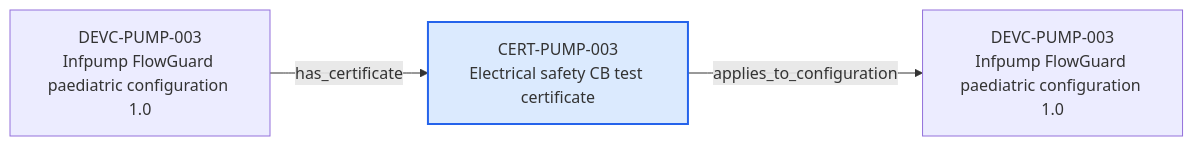
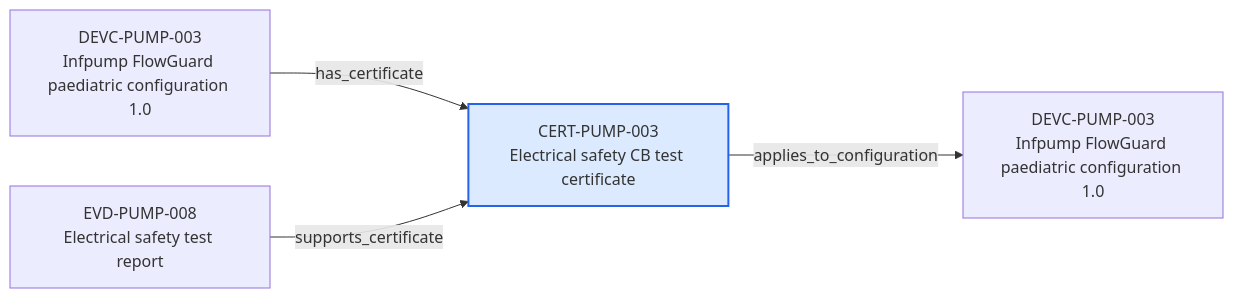
The diagram in content/06-Infpump FlowGuard ontology notes/certificate/CERT-PUMP-003-electrical-safety-cb-test-certificate.md (mvattulainen/mdrontology), drawn with Mermaid before and after one commit. The commit also changed other lines of this file and 321 other files, not shown here.

Commit message:
Implement Mermaid ontology audit findings

````diff
--- a/content/06-Infpump FlowGuard ontology notes/certificate/CERT-PUMP-003-electrical-safety-cb-test-certificate.md
+++ b/content/06-Infpump FlowGuard ontology notes/certificate/CERT-PUMP-003-electrical-safety-cb-test-certificate.md
@@ -73,10 +75,12 @@
 ```mermaid
 flowchart LR
   CURRENT["CERT-PUMP-003<br/>Electrical safety CB test certificate"]
   PREV0["DEVC-PUMP-003<br/>Infpump FlowGuard paediatric configuration 1.0"]
   PREV0 -->|"has_certificate"| CURRENT
+  PREV1["EVD-PUMP-008<br/>Electrical safety test report"]
+  PREV1 -->|"supports_certificate"| CURRENT
   NEXT0["DEVC-PUMP-003<br/>Infpump FlowGuard paediatric configuration 1.0"]
   CURRENT -->|"applies_to_configuration"| NEXT0
   classDef current fill:#dbeafe,stroke:#2563eb,stroke-width:2px
   class CURRENT current
 ```
````
